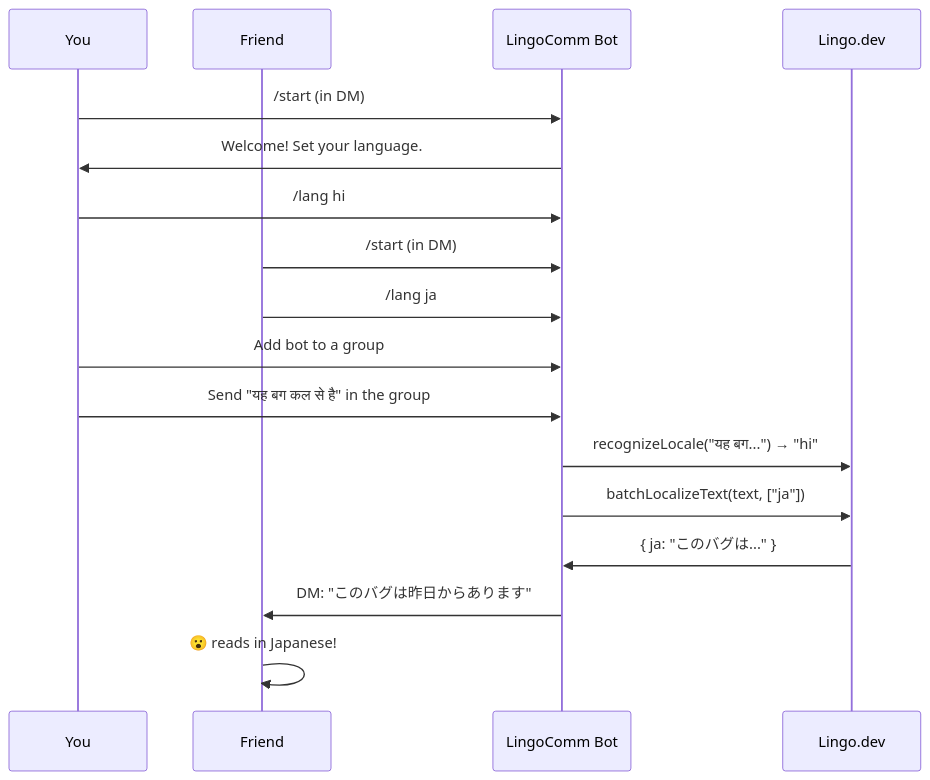
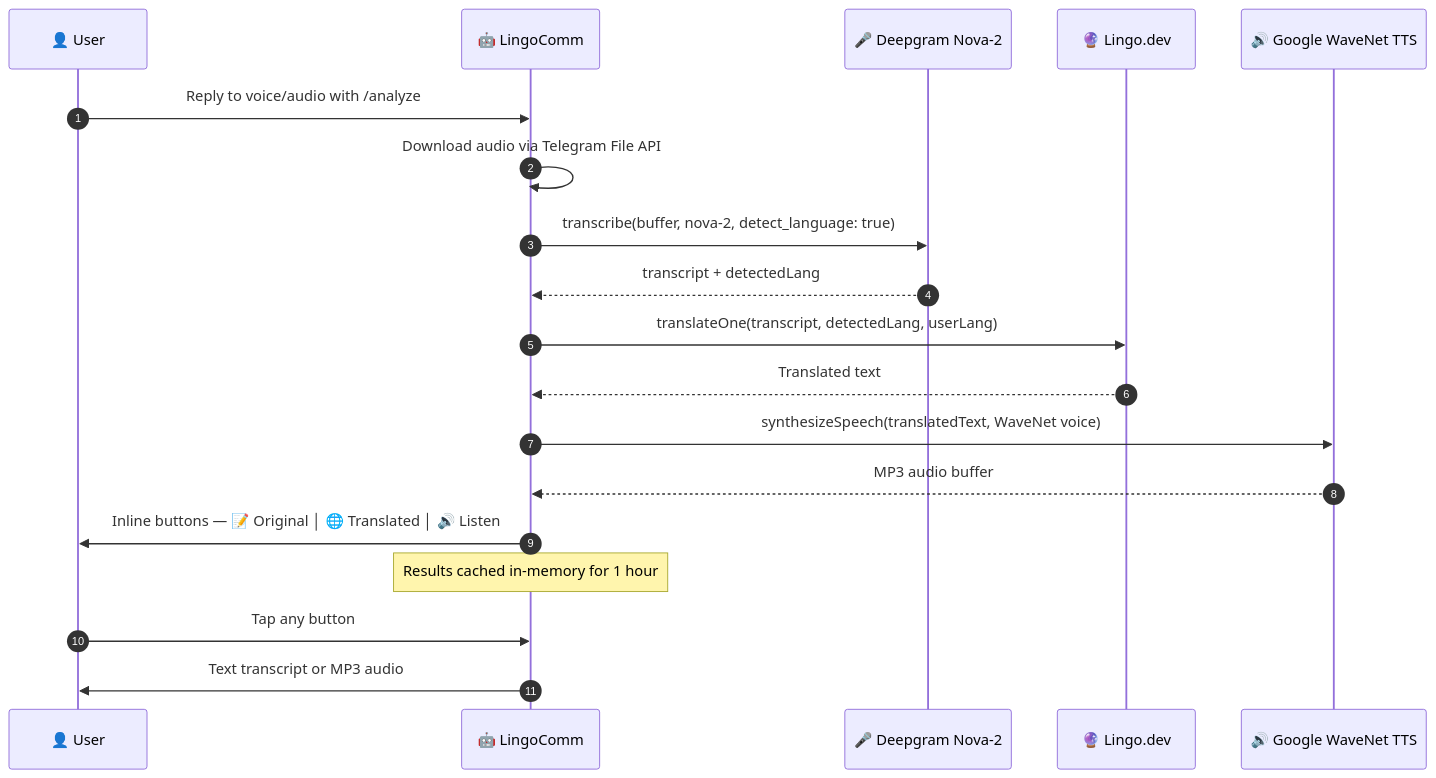
The second of 2 diagrams in README.md (Swayam42/lingocomm), drawn with Mermaid before and after one commit. The commit also changed other lines of this file, not shown here.

````diff
--- a/README.md
+++ b/README.md
@@ -705,24 +178,22 @@
 ```mermaid
 sequenceDiagram
-    participant You
-    participant Friend
-    participant Bot as LingoComm Bot
-    participant Lingo as Lingo.dev
+    autonumber
+    participant User as 👤 User
+    participant Bot as 🤖 LingoComm
+    participant DG as 🎤 Deepgram Nova-2
+    participant Lingo as 🔮 Lingo.dev
+    participant GTTS as 🔊 Google WaveNet TTS
 
-    You->>Bot: /start (in DM)
-    Bot->>You: Welcome! Set your language.
-    You->>Bot: /lang hi
-
-    Friend->>Bot: /start (in DM)
-    Friend->>Bot: /lang ja
-
-    You->>Bot: Add bot to a group
-    You->>Bot: Send "यह बग कल से है" in the group
-
-    Bot->>Lingo: recognizeLocale("यह बग...") → "hi"
-    Bot->>Lingo: batchLocalizeText(text, ["ja"])
-    Lingo->>Bot: { ja: "このバグは..." }
-
-    Bot->>Friend: DM: "このバグは昨日からあります"
-    Friend->>Friend: 😮 reads in Japanese!
+    User->>Bot: Reply to voice/audio with /analyze
+    Bot->>Bot: Download audio via Telegram File API
+    Bot->>DG: transcribe(buffer, nova-2, detect_language: true)
+    DG-->>Bot: transcript + detectedLang
+    Bot->>Lingo: translateOne(transcript, detectedLang, userLang)
+    Lingo-->>Bot: Translated text
+    Bot->>GTTS: synthesizeSpeech(translatedText, WaveNet voice)
+    GTTS-->>Bot: MP3 audio buffer
+    Bot->>User: Inline buttons — 📝 Original │ 🌐 Translated │ 🔊 Listen
+    Note over Bot: Results cached in-memory for 1 hour
+    User->>Bot: Tap any button
+    Bot->>User: Text transcript or MP3 audio
 ```
````
